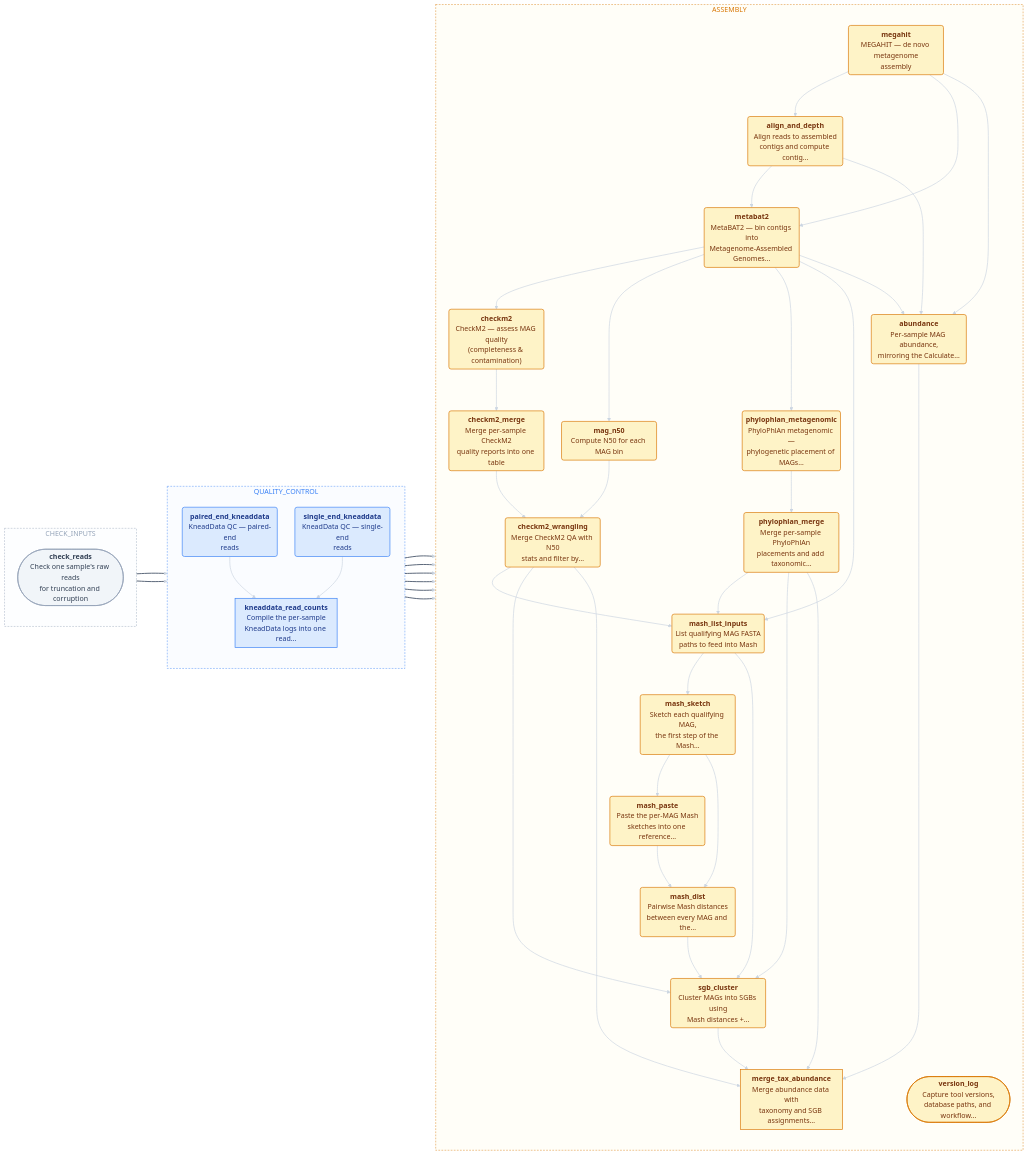
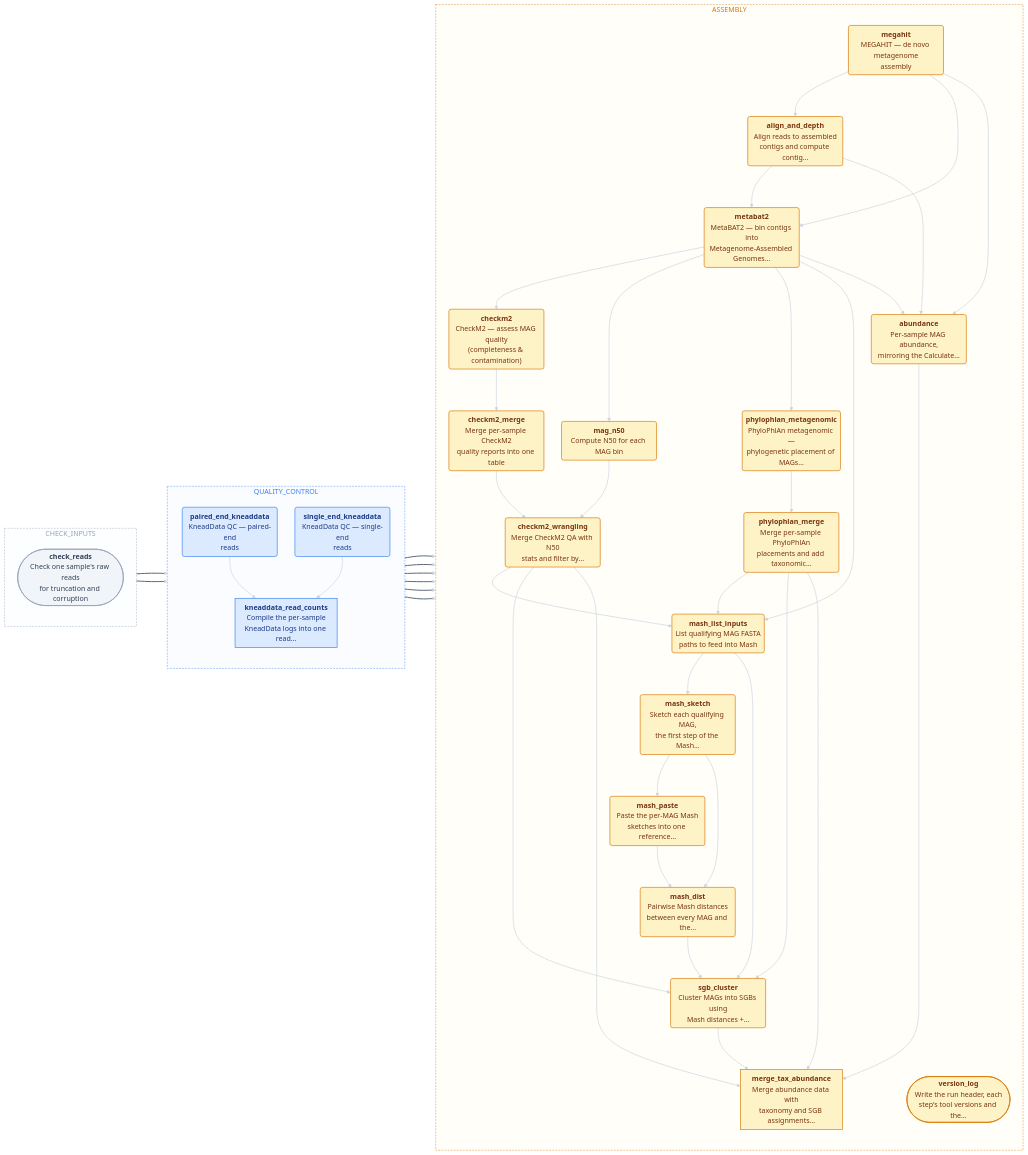
Before and after one commit to biobakery/biobakery-nextflow: the diagram in docs/diagrams/assembly.mmd, drawn with Mermaid. The commit also changed 35 other files, not shown here.

First line of the commit message:
Open every run with its version and databases, and log each step's tool versions

```diff
--- a/docs/diagrams/assembly.mmd
+++ b/docs/diagrams/assembly.mmd
@@ -1,86 +1,86 @@
 %%{init: {"flowchart": {"curve": "basis", "nodeSpacing": 40,
                         "rankSpacing": 70, "padding": 8}}}%%
 flowchart LR
     subgraph CHECK_INPUTS
         direction TB
         check_reads(["<b>check_reads</b><br/>Check one sample's raw reads<br/>for truncation and corruption"])
     end
     subgraph QUALITY_CONTROL
         direction TB
         paired_end_kneaddata("<b>paired_end_kneaddata</b><br/>KneadData QC — paired-end<br/>reads")
         single_end_kneaddata("<b>single_end_kneaddata</b><br/>KneadData QC — single-end<br/>reads")
         kneaddata_read_counts["<b>kneaddata_read_counts</b><br/>Compile the per-sample<br/>KneadData logs into one read…"]
     end
     subgraph ASSEMBLY
         direction TB
         megahit("<b>megahit</b><br/>MEGAHIT — de novo metagenome<br/>assembly")
         align_and_depth("<b>align_and_depth</b><br/>Align reads to assembled<br/>contigs and compute contig…")
         metabat2("<b>metabat2</b><br/>MetaBAT2 — bin contigs into<br/>Metagenome-Assembled Genomes…")
         checkm2("<b>checkm2</b><br/>CheckM2 — assess MAG quality<br/>(completeness & contamination)")
         mag_n50("<b>mag_n50</b><br/>Compute N50 for each MAG bin")
         checkm2_merge("<b>checkm2_merge</b><br/>Merge per-sample CheckM2<br/>quality reports into one table")
         checkm2_wrangling("<b>checkm2_wrangling</b><br/>Merge CheckM2 QA with N50<br/>stats and filter by…")
         phylophlan_metagenomic("<b>phylophlan_metagenomic</b><br/>PhyloPhlAn metagenomic —<br/>phylogenetic placement of MAGs…")
         phylophlan_merge("<b>phylophlan_merge</b><br/>Merge per-sample PhyloPhlAn<br/>placements and add taxonomic…")
         mash_list_inputs("<b>mash_list_inputs</b><br/>List qualifying MAG FASTA<br/>paths to feed into Mash")
         mash_sketch("<b>mash_sketch</b><br/>Sketch each qualifying MAG,<br/>the first step of the Mash…")
         mash_paste("<b>mash_paste</b><br/>Paste the per-MAG Mash<br/>sketches into one reference…")
         mash_dist("<b>mash_dist</b><br/>Pairwise Mash distances<br/>between every MAG and the…")
         sgb_cluster("<b>sgb_cluster</b><br/>Cluster MAGs into SGBs using<br/>Mash distances +…")
         abundance("<b>abundance</b><br/>Per-sample MAG abundance,<br/>mirroring the Calculate…")
         merge_tax_abundance["<b>merge_tax_abundance</b><br/>Merge abundance data with<br/>taxonomy and SGB assignments…"]
-        version_log(["<b>version_log</b><br/>Capture tool versions,<br/>database paths, and workflow…"])
+        version_log(["<b>version_log</b><br/>Write the run header, each<br/>step's tool versions and the…"])
     end
 
     check_reads --> paired_end_kneaddata
     check_reads --> single_end_kneaddata
     paired_end_kneaddata --> kneaddata_read_counts
     paired_end_kneaddata --> megahit
     paired_end_kneaddata --> align_and_depth
     paired_end_kneaddata --> abundance
     single_end_kneaddata --> kneaddata_read_counts
     single_end_kneaddata --> megahit
     single_end_kneaddata --> align_and_depth
     single_end_kneaddata --> abundance
     megahit --> align_and_depth
     megahit --> metabat2
     megahit --> abundance
     align_and_depth --> metabat2
     align_and_depth --> abundance
     metabat2 --> checkm2
     metabat2 --> mag_n50
     metabat2 --> phylophlan_metagenomic
     metabat2 --> mash_list_inputs
     metabat2 --> abundance
     checkm2 --> checkm2_merge
     mag_n50 --> checkm2_wrangling
     checkm2_merge --> checkm2_wrangling
     checkm2_wrangling --> mash_list_inputs
     checkm2_wrangling --> sgb_cluster
     checkm2_wrangling --> merge_tax_abundance
     phylophlan_metagenomic --> phylophlan_merge
     phylophlan_merge --> mash_list_inputs
     phylophlan_merge --> sgb_cluster
     phylophlan_merge --> merge_tax_abundance
     mash_list_inputs --> mash_sketch
     mash_list_inputs --> sgb_cluster
     mash_sketch --> mash_paste
     mash_sketch --> mash_dist
     mash_paste --> mash_dist
     mash_dist --> sgb_cluster
     sgb_cluster --> merge_tax_abundance
     abundance --> merge_tax_abundance
 
     style CHECK_INPUTS fill:#f1f5f922,stroke:#94a3b8,stroke-width:1px,stroke-dasharray:4 3,color:#94a3b8
     style QUALITY_CONTROL fill:#dbeafe22,stroke:#3b82f6,stroke-width:1px,stroke-dasharray:4 3,color:#3b82f6
     style ASSEMBLY fill:#fef3c722,stroke:#d97706,stroke-width:1px,stroke-dasharray:4 3,color:#d97706
 
     classDef stage0 fill:#f1f5f9,stroke:#94a3b8,stroke-width:1.5px,color:#334155
     class check_reads stage0
     classDef stage1 fill:#dbeafe,stroke:#3b82f6,stroke-width:1.5px,color:#1e3a8a
     class paired_end_kneaddata,single_end_kneaddata,kneaddata_read_counts stage1
     classDef stage2 fill:#fef3c7,stroke:#d97706,stroke-width:1.5px,color:#78350f
     class megahit,align_and_depth,metabat2,checkm2,mag_n50,checkm2_merge,checkm2_wrangling,phylophlan_metagenomic,phylophlan_merge,mash_list_inputs,mash_sketch,mash_paste,mash_dist,sgb_cluster,abundance,merge_tax_abundance,version_log stage2
 
     linkStyle default stroke:#cbd5e1,stroke-width:1.5px
     linkStyle 0,1,3,4,5,7,8,9 stroke:#475569,stroke-width:2px
```
